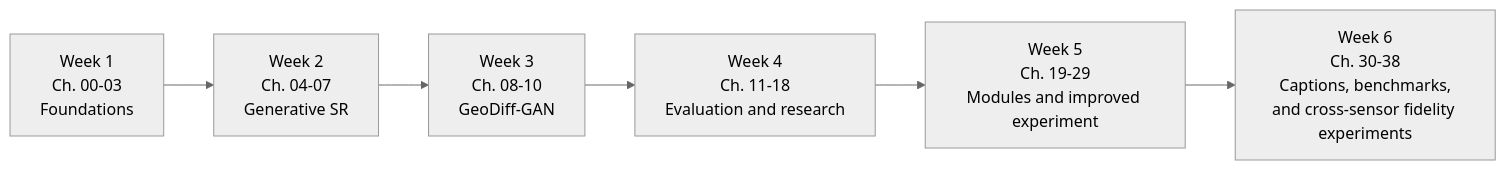
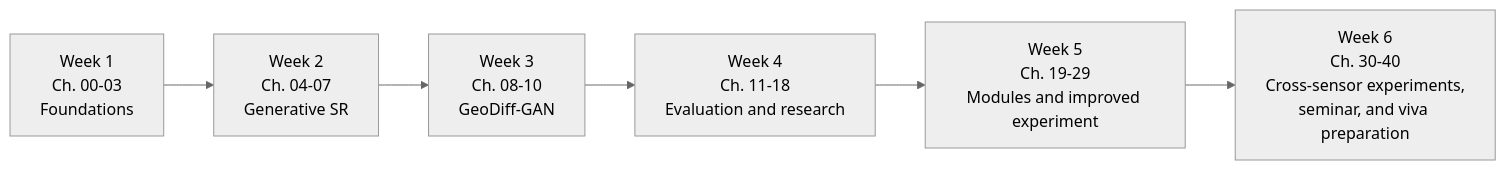
Before and after one commit to shashankjs2002/SI-SR-1: the first of 2 diagrams in learning/README.md, drawn with Mermaid (neutral theme). The commit also changed other lines of this file and 57 other files, not shown here.

````diff
--- a/learning/README.md
+++ b/learning/README.md
@@ -70,9 +72,9 @@
 ```mermaid
 flowchart LR
     A["Week 1<br/>Ch. 00-03<br/>Foundations"] -->
     B["Week 2<br/>Ch. 04-07<br/>Generative SR"] -->
     C["Week 3<br/>Ch. 08-10<br/>GeoDiff-GAN"] -->
     D["Week 4<br/>Ch. 11-18<br/>Evaluation and research"] -->
     E["Week 5<br/>Ch. 19-29<br/>Modules and improved experiment"] -->
-    F["Week 6<br/>Ch. 30-38<br/>Captions, benchmarks,<br/>and cross-sensor fidelity experiments"]
+    F["Week 6<br/>Ch. 30-40<br/>Cross-sensor experiments,<br/>seminar, and viva preparation"]
 ```
````
